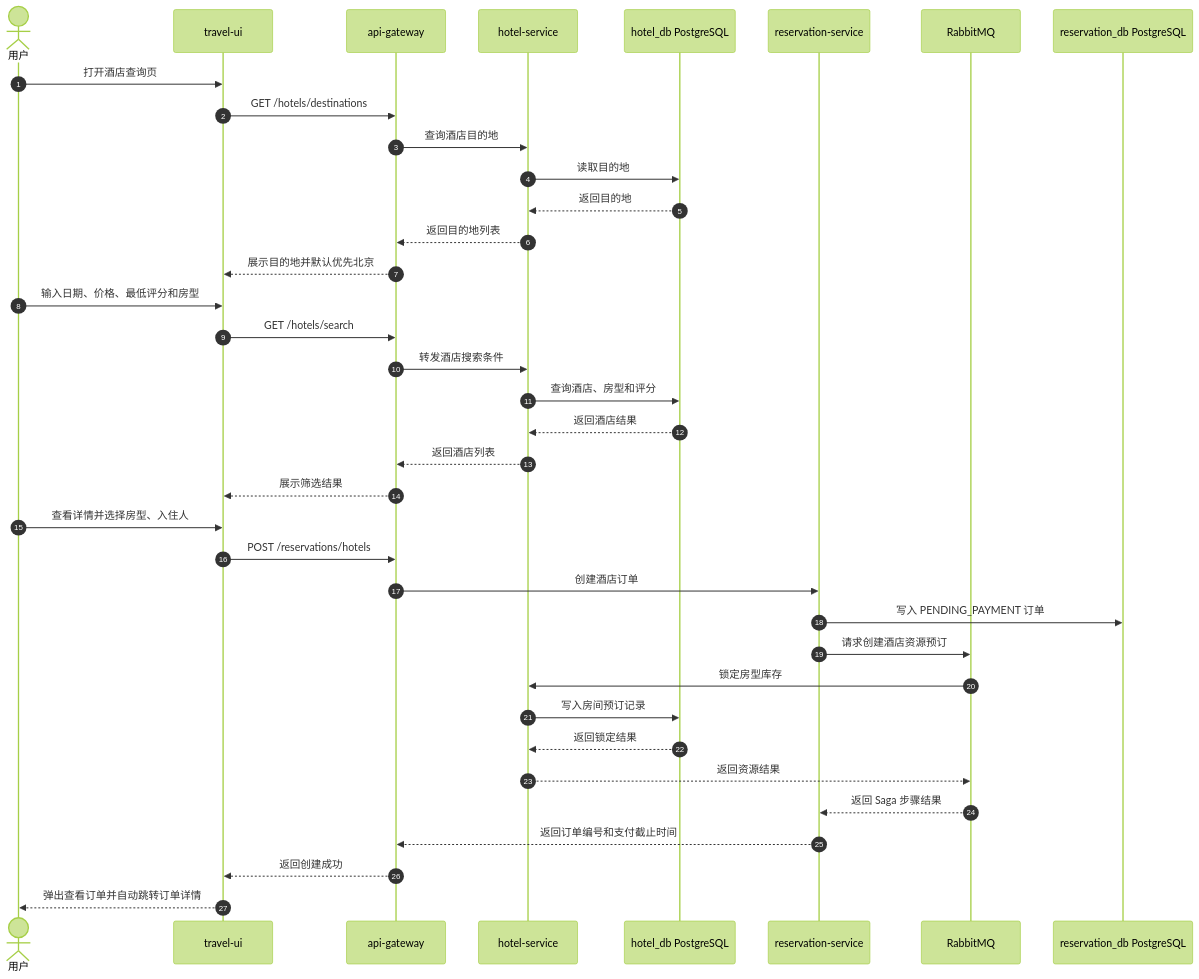
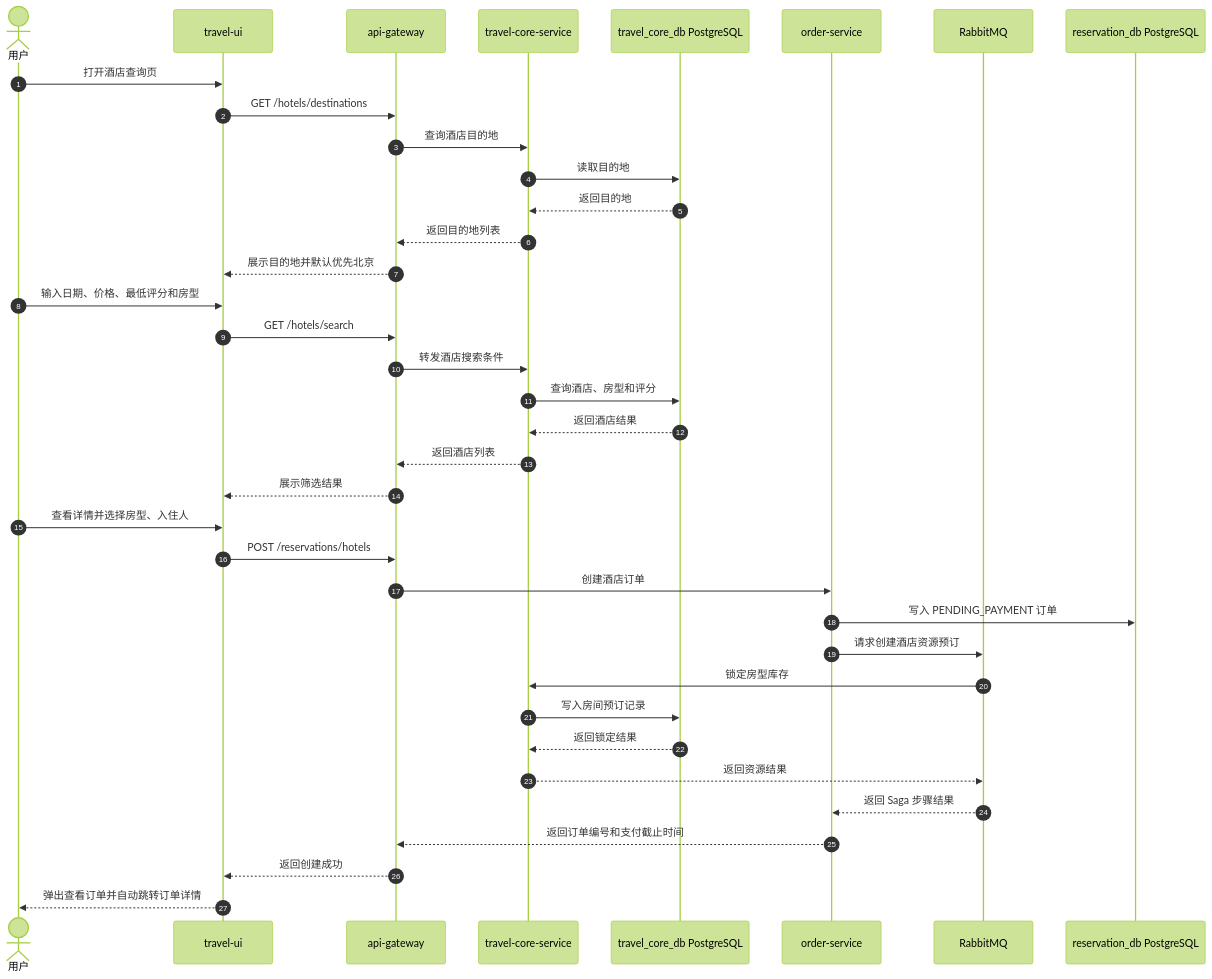
One commit to QzlabQ/TravelOn changed the third of 9 diagrams in docs/概要设计.md. Above: the diagram before and after it, drawn with Mermaid (forest theme). The commit also changed other lines of this file and 11 other files, not shown here.

````diff
--- a/docs/概要设计.md
+++ b/docs/概要设计.md
@@ -354,42 +341,42 @@
 ```mermaid
 sequenceDiagram
     autonumber
     actor User as 用户
     participant UI as travel-ui
     participant GW as api-gateway
-    participant HS as hotel-service
-    participant HDB as hotel_db PostgreSQL
-    participant RS as reservation-service
+    participant HS as travel-core-service
+    participant HDB as travel_core_db PostgreSQL
+    participant RS as order-service
     participant MQ as RabbitMQ
     participant RDB as reservation_db PostgreSQL
 
     User->>UI: 打开酒店查询页
     UI->>GW: GET /hotels/destinations
     GW->>HS: 查询酒店目的地
     HS->>HDB: 读取目的地
     HDB-->>HS: 返回目的地
     HS-->>GW: 返回目的地列表
     GW-->>UI: 展示目的地并默认优先北京
 
     User->>UI: 输入日期、价格、最低评分和房型
     UI->>GW: GET /hotels/search
     GW->>HS: 转发酒店搜索条件
     HS->>HDB: 查询酒店、房型和评分
     HDB-->>HS: 返回酒店结果
     HS-->>GW: 返回酒店列表
     GW-->>UI: 展示筛选结果
 
     User->>UI: 查看详情并选择房型、入住人
     UI->>GW: POST /reservations/hotels
     GW->>RS: 创建酒店订单
     RS->>RDB: 写入 PENDING_PAYMENT 订单
     RS->>MQ: 请求创建酒店资源预订
     MQ->>HS: 锁定房型库存
     HS->>HDB: 写入房间预订记录
     HDB-->>HS: 返回锁定结果
     HS-->>MQ: 返回资源结果
     MQ-->>RS: 返回 Saga 步骤结果
     RS-->>GW: 返回订单编号和支付截止时间
     GW-->>UI: 返回创建成功
     UI-->>User: 弹出查看订单并自动跳转订单详情
 ```
````
